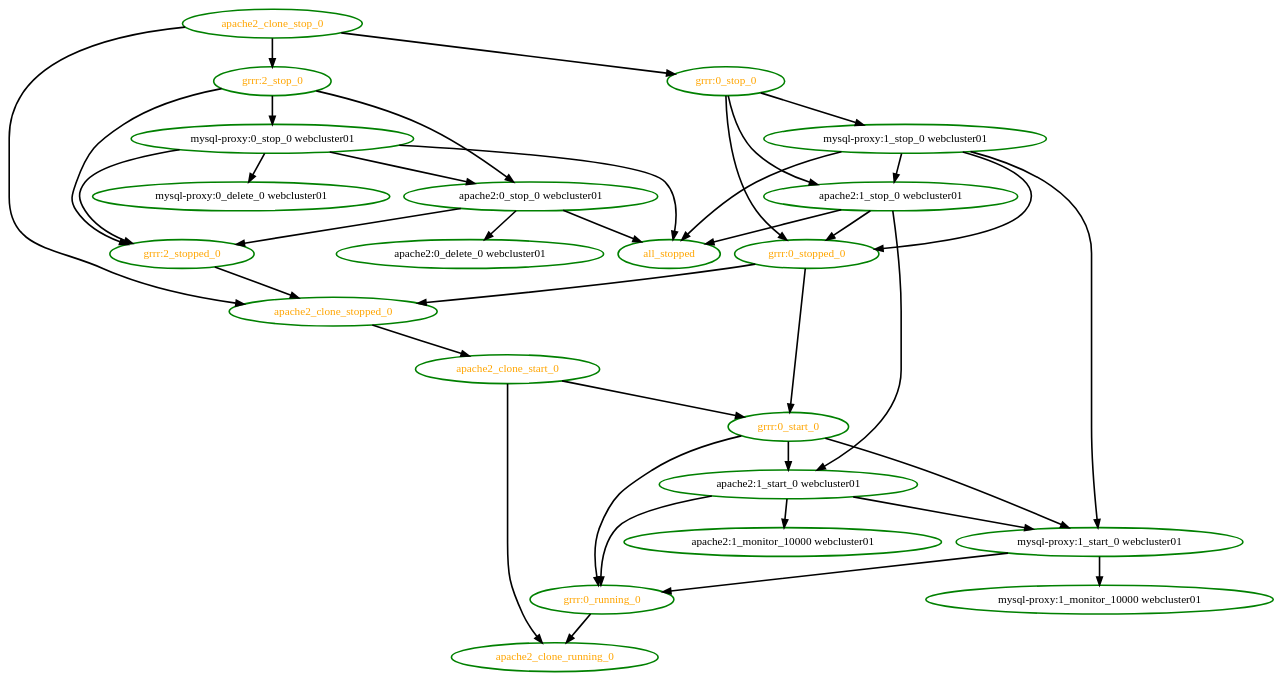
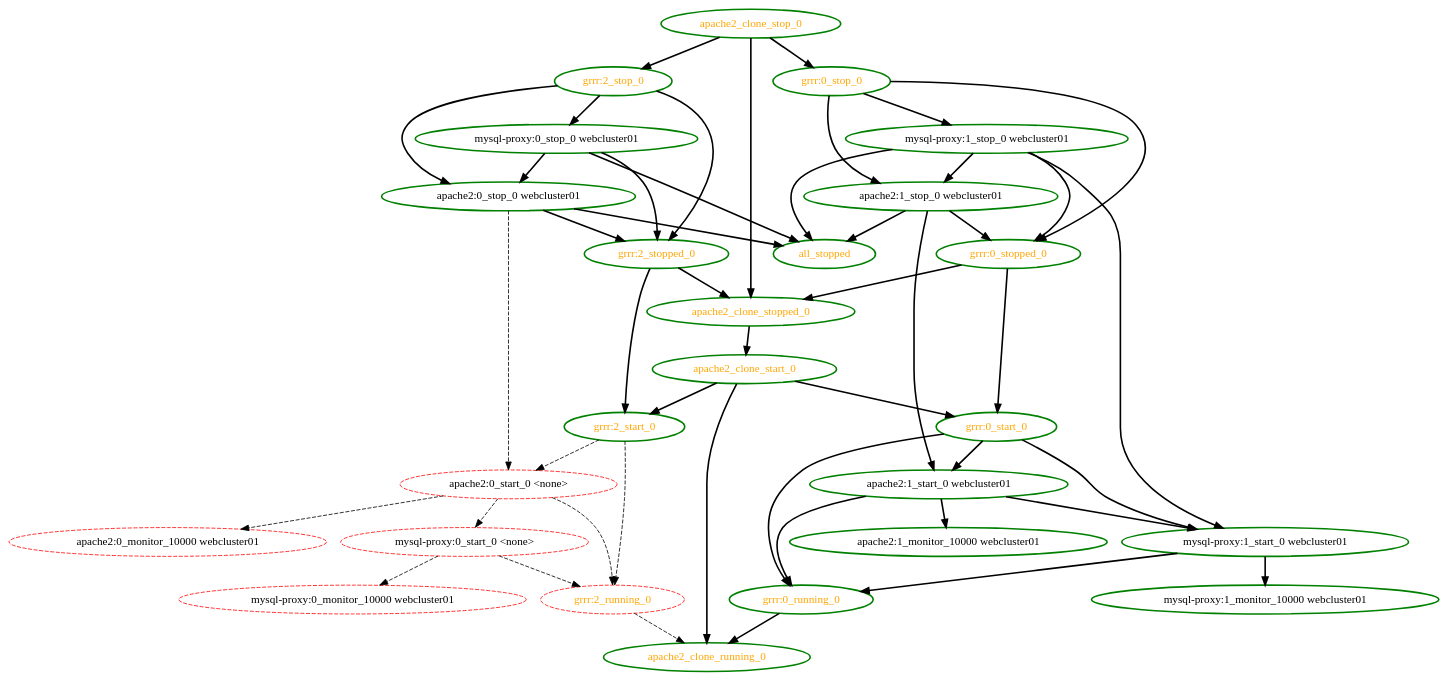
Before and after one commit to ClusterLabs/pacemaker: the diagram in pengine/test10/cloned-group.dot, drawn with Graphviz. The commit also changed 11 other files, not shown here.

Commit message:
Fix: pengine: cl#5142 - Do not delete orphaned children of an anonymous clone for preventing infinite transition loop (update regression tests)

```diff
--- a/pengine/test10/cloned-group.dot
+++ b/pengine/test10/cloned-group.dot
@@ -1,61 +1,74 @@
 digraph "g" {
 "all_stopped" [ style=bold color="green" fontcolor="orange" ]
-"apache2:0_delete_0 webcluster01" [ style=bold color="green" fontcolor="black"]
+"apache2:0_monitor_10000 webcluster01" [ style=dashed color="red" fontcolor="black"]
+"apache2:0_start_0 <none>" -> "apache2:0_monitor_10000 webcluster01" [ style = dashed]
+"apache2:0_start_0 <none>" -> "grrr:2_running_0" [ style = dashed]
+"apache2:0_start_0 <none>" -> "mysql-proxy:0_start_0 <none>" [ style = dashed]
+"apache2:0_start_0 <none>" [ style=dashed color="red" fontcolor="black"]
 "apache2:0_stop_0 webcluster01" -> "all_stopped" [ style = bold]
-"apache2:0_stop_0 webcluster01" -> "apache2:0_delete_0 webcluster01" [ style = bold]
+"apache2:0_stop_0 webcluster01" -> "apache2:0_start_0 <none>" [ style = dashed]
 "apache2:0_stop_0 webcluster01" -> "grrr:2_stopped_0" [ style = bold]
 "apache2:0_stop_0 webcluster01" [ style=bold color="green" fontcolor="black"]
 "apache2:1_monitor_10000 webcluster01" [ style=bold color="green" fontcolor="black" ]
 "apache2:1_start_0 webcluster01" -> "apache2:1_monitor_10000 webcluster01" [ style = bold]
 "apache2:1_start_0 webcluster01" -> "grrr:0_running_0" [ style = bold]
 "apache2:1_start_0 webcluster01" -> "mysql-proxy:1_start_0 webcluster01" [ style = bold]
 "apache2:1_start_0 webcluster01" [ style=bold color="green" fontcolor="black" ]
 "apache2:1_stop_0 webcluster01" -> "all_stopped" [ style = bold]
 "apache2:1_stop_0 webcluster01" -> "apache2:1_start_0 webcluster01" [ style = bold]
 "apache2:1_stop_0 webcluster01" -> "grrr:0_stopped_0" [ style = bold]
 "apache2:1_stop_0 webcluster01" [ style=bold color="green" fontcolor="black" ]
 "apache2_clone_running_0" [ style=bold color="green" fontcolor="orange" ]
 "apache2_clone_start_0" -> "apache2_clone_running_0" [ style = bold]
 "apache2_clone_start_0" -> "grrr:0_start_0" [ style = bold]
+"apache2_clone_start_0" -> "grrr:2_start_0" [ style = bold]
 "apache2_clone_start_0" [ style=bold color="green" fontcolor="orange" ]
 "apache2_clone_stop_0" -> "apache2_clone_stopped_0" [ style = bold]
 "apache2_clone_stop_0" -> "grrr:0_stop_0" [ style = bold]
 "apache2_clone_stop_0" -> "grrr:2_stop_0" [ style = bold]
 "apache2_clone_stop_0" [ style=bold color="green" fontcolor="orange" ]
 "apache2_clone_stopped_0" -> "apache2_clone_start_0" [ style = bold]
 "apache2_clone_stopped_0" [ style=bold color="green" fontcolor="orange" ]
 "grrr:0_running_0" -> "apache2_clone_running_0" [ style = bold]
 "grrr:0_running_0" [ style=bold color="green" fontcolor="orange"]
 "grrr:0_start_0" -> "apache2:1_start_0 webcluster01" [ style = bold]
 "grrr:0_start_0" -> "grrr:0_running_0" [ style = bold]
 "grrr:0_start_0" -> "mysql-proxy:1_start_0 webcluster01" [ style = bold]
 "grrr:0_start_0" [ style=bold color="green" fontcolor="orange"]
 "grrr:0_stop_0" -> "apache2:1_stop_0 webcluster01" [ style = bold]
 "grrr:0_stop_0" -> "grrr:0_stopped_0" [ style = bold]
 "grrr:0_stop_0" -> "mysql-proxy:1_stop_0 webcluster01" [ style = bold]
 "grrr:0_stop_0" [ style=bold color="green" fontcolor="orange"]
 "grrr:0_stopped_0" -> "apache2_clone_stopped_0" [ style = bold]
 "grrr:0_stopped_0" -> "grrr:0_start_0" [ style = bold]
 "grrr:0_stopped_0" [ style=bold color="green" fontcolor="orange"]
+"grrr:2_running_0" -> "apache2_clone_running_0" [ style = dashed]
+"grrr:2_running_0" [ style=dashed color="red" fontcolor="orange"]
+"grrr:2_start_0" -> "apache2:0_start_0 <none>" [ style = dashed]
+"grrr:2_start_0" -> "grrr:2_running_0" [ style = dashed]
+"grrr:2_start_0" [ style=bold color="green" fontcolor="orange"]
 "grrr:2_stop_0" -> "apache2:0_stop_0 webcluster01" [ style = bold]
 "grrr:2_stop_0" -> "grrr:2_stopped_0" [ style = bold]
 "grrr:2_stop_0" -> "mysql-proxy:0_stop_0 webcluster01" [ style = bold]
 "grrr:2_stop_0" [ style=bold color="green" fontcolor="orange" ]
 "grrr:2_stopped_0" -> "apache2_clone_stopped_0" [ style = bold]
+"grrr:2_stopped_0" -> "grrr:2_start_0" [ style = bold]
 "grrr:2_stopped_0" [ style=bold color="green" fontcolor="orange" ]
-"mysql-proxy:0_delete_0 webcluster01" [ style=bold color="green" fontcolor="black"]
+"mysql-proxy:0_monitor_10000 webcluster01" [ style=dashed color="red" fontcolor="black"]
+"mysql-proxy:0_start_0 <none>" -> "grrr:2_running_0" [ style = dashed]
+"mysql-proxy:0_start_0 <none>" -> "mysql-proxy:0_monitor_10000 webcluster01" [ style = dashed]
+"mysql-proxy:0_start_0 <none>" [ style=dashed color="red" fontcolor="black"]
 "mysql-proxy:0_stop_0 webcluster01" -> "all_stopped" [ style = bold]
 "mysql-proxy:0_stop_0 webcluster01" -> "apache2:0_stop_0 webcluster01" [ style = bold]
 "mysql-proxy:0_stop_0 webcluster01" -> "grrr:2_stopped_0" [ style = bold]
-"mysql-proxy:0_stop_0 webcluster01" -> "mysql-proxy:0_delete_0 webcluster01" [ style = bold]
 "mysql-proxy:0_stop_0 webcluster01" [ style=bold color="green" fontcolor="black"]
 "mysql-proxy:1_monitor_10000 webcluster01" [ style=bold color="green" fontcolor="black" ]
 "mysql-proxy:1_start_0 webcluster01" -> "grrr:0_running_0" [ style = bold]
 "mysql-proxy:1_start_0 webcluster01" -> "mysql-proxy:1_monitor_10000 webcluster01" [ style = bold]
 "mysql-proxy:1_start_0 webcluster01" [ style=bold color="green" fontcolor="black" ]
 "mysql-proxy:1_stop_0 webcluster01" -> "all_stopped" [ style = bold]
 "mysql-proxy:1_stop_0 webcluster01" -> "apache2:1_stop_0 webcluster01" [ style = bold]
 "mysql-proxy:1_stop_0 webcluster01" -> "grrr:0_stopped_0" [ style = bold]
 "mysql-proxy:1_stop_0 webcluster01" -> "mysql-proxy:1_start_0 webcluster01" [ style = bold]
 "mysql-proxy:1_stop_0 webcluster01" [ style=bold color="green" fontcolor="black" ]
 }
```
